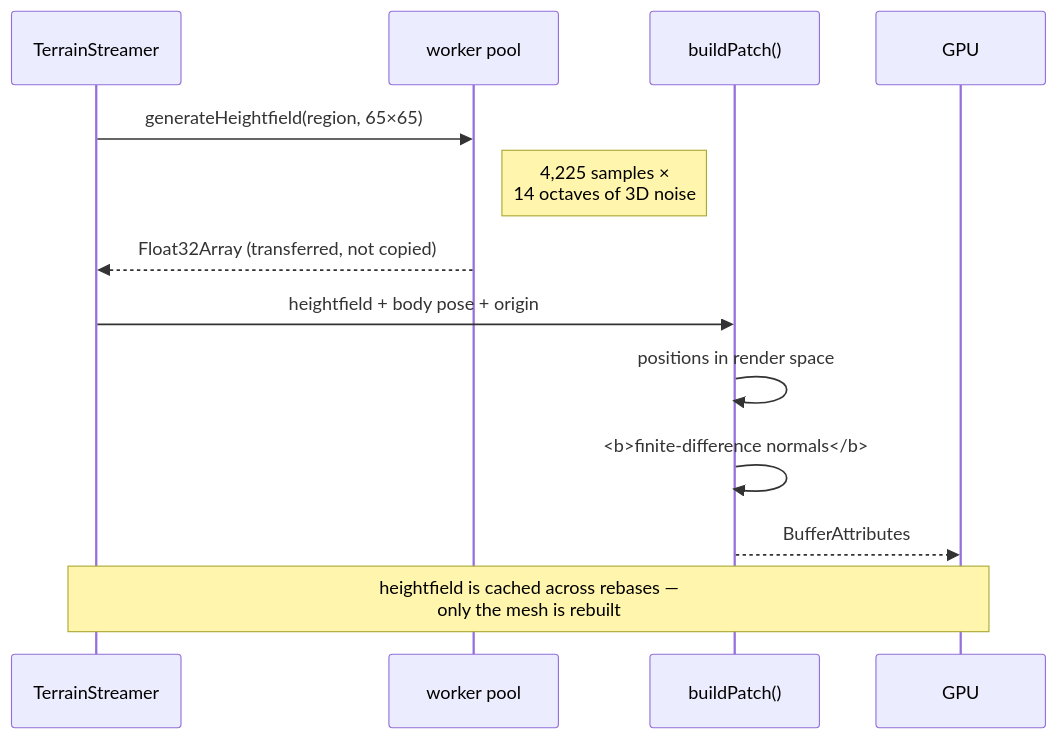
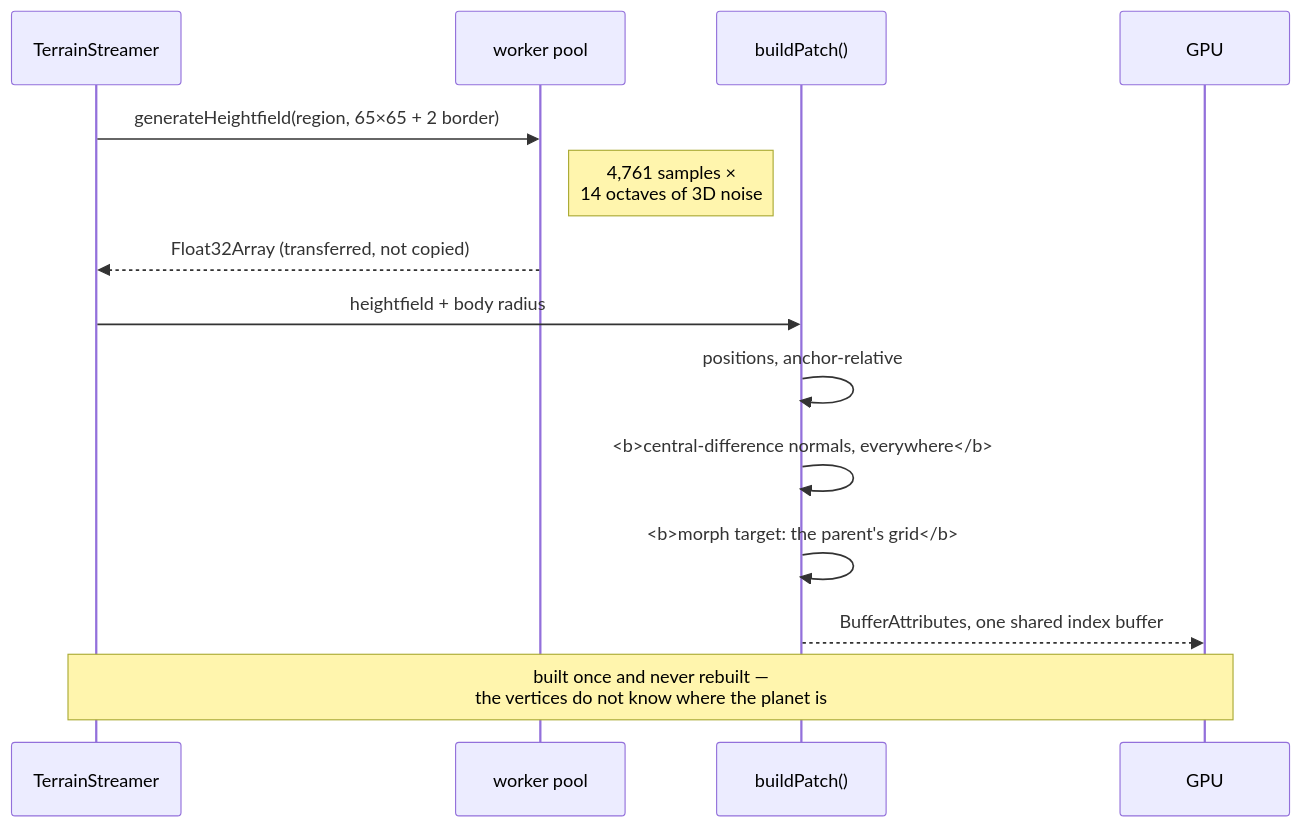
One commit to jonjaques/inertialref changed the seventh of 9 diagrams in docs/concepts/rendering.md. Above: the diagram before and after it, drawn with Mermaid. The commit also changed other lines of this file and 62 other files, not shown here.

````diff
--- a/docs/concepts/rendering.md
+++ b/docs/concepts/rendering.md
@@ -224,16 +227,17 @@
 ```mermaid
 sequenceDiagram
     participant S as TerrainStreamer
     participant P as worker pool
     participant B as buildPatch()
     participant G as GPU
 
-    S->>P: generateHeightfield(region, 65×65)
-    Note right of P: 4,225 samples ×<br/>14 octaves of 3D noise
+    S->>P: generateHeightfield(region, 65×65 + 2 border)
+    Note right of P: 4,761 samples ×<br/>14 octaves of 3D noise
     P-->>S: Float32Array (transferred, not copied)
-    S->>B: heightfield + body pose + origin
-    B->>B: positions in render space
-    B->>B: <b>finite-difference normals</b>
-    B-->>G: BufferAttributes
-    Note over S,G: heightfield is cached across rebases —<br/>only the mesh is rebuilt
+    S->>B: heightfield + body radius
+    B->>B: positions, anchor-relative
+    B->>B: <b>central-difference normals, everywhere</b>
+    B->>B: <b>morph target: the parent's grid</b>
+    B-->>G: BufferAttributes, one shared index buffer
+    Note over S,G: built once and never rebuilt —<br/>the vertices do not know where the planet is
 ```
````
